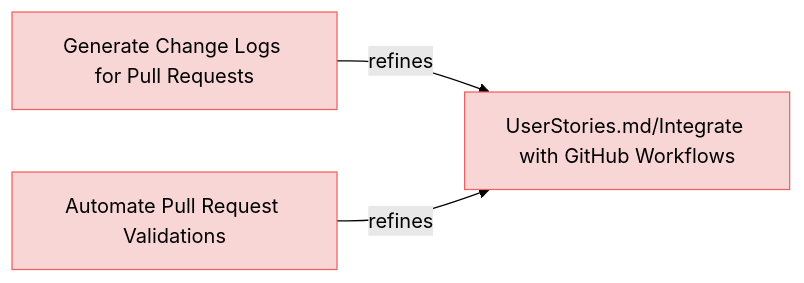
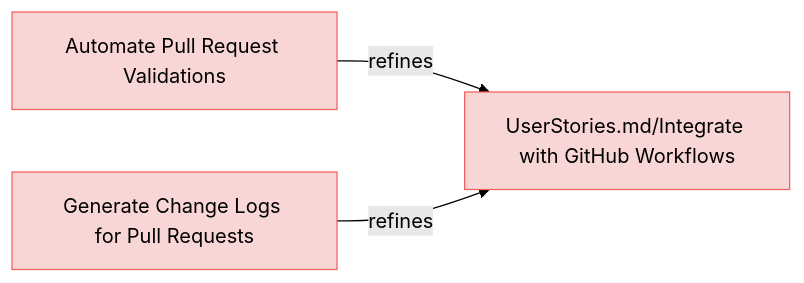
The fourth of 9 diagrams in specifications/UserRequirements.md (reqvire-org/reqvire), drawn with Mermaid (forest theme) before and after one commit. The commit also changed other lines of this file and 14 other files, not shown here.

Commit message:
Diagram fixes

````diff
--- a/specifications/UserRequirements.md
+++ b/specifications/UserRequirements.md
@@ -329,20 +329,20 @@
 ```mermaid
 graph LR;
   %% Graph styling
   classDef requirement fill:#f9d6d6,stroke:#f55f5f,stroke-width:1px;
   classDef verification fill:#d6f9d6,stroke:#5fd75f,stroke-width:1px;
   classDef externalLink fill:#d0e0ff,stroke:#3080ff,stroke-width:1px;
   classDef default fill:#f5f5f5,stroke:#333333,stroke-width:1px;
 
+  68454e6166703319["Automate Pull Request Validations"];
+  click 68454e6166703319 "UserRequirements.md#automate-pull-request-validations";
+  class 68454e6166703319 requirement;
+  ba120b7cafc5435f["UserStories.md/Integrate with GitHub Workflows"];
+  class ba120b7cafc5435f requirement;
+  click ba120b7cafc5435f "UserStories.md#integrate-with-github-workflows";
+  68454e6166703319 -->|refines| ba120b7cafc5435f;
   b2a387077d97cf24["Generate Change Logs for Pull Requests"];
   click b2a387077d97cf24 "UserRequirements.md#generate-change-logs-for-pull-requests";
   class b2a387077d97cf24 requirement;
-  ba120b7cafc5435f["UserStories.md/Integrate with GitHub Workflows"];
-  class ba120b7cafc5435f requirement;
-  click ba120b7cafc5435f "UserStories.md#integrate-with-github-workflows";
   b2a387077d97cf24 -->|refines| ba120b7cafc5435f;
-  68454e6166703319["Automate Pull Request Validations"];
-  click 68454e6166703319 "UserRequirements.md#automate-pull-request-validations";
-  class 68454e6166703319 requirement;
-  68454e6166703319 -->|refines| ba120b7cafc5435f;
 ```
````
